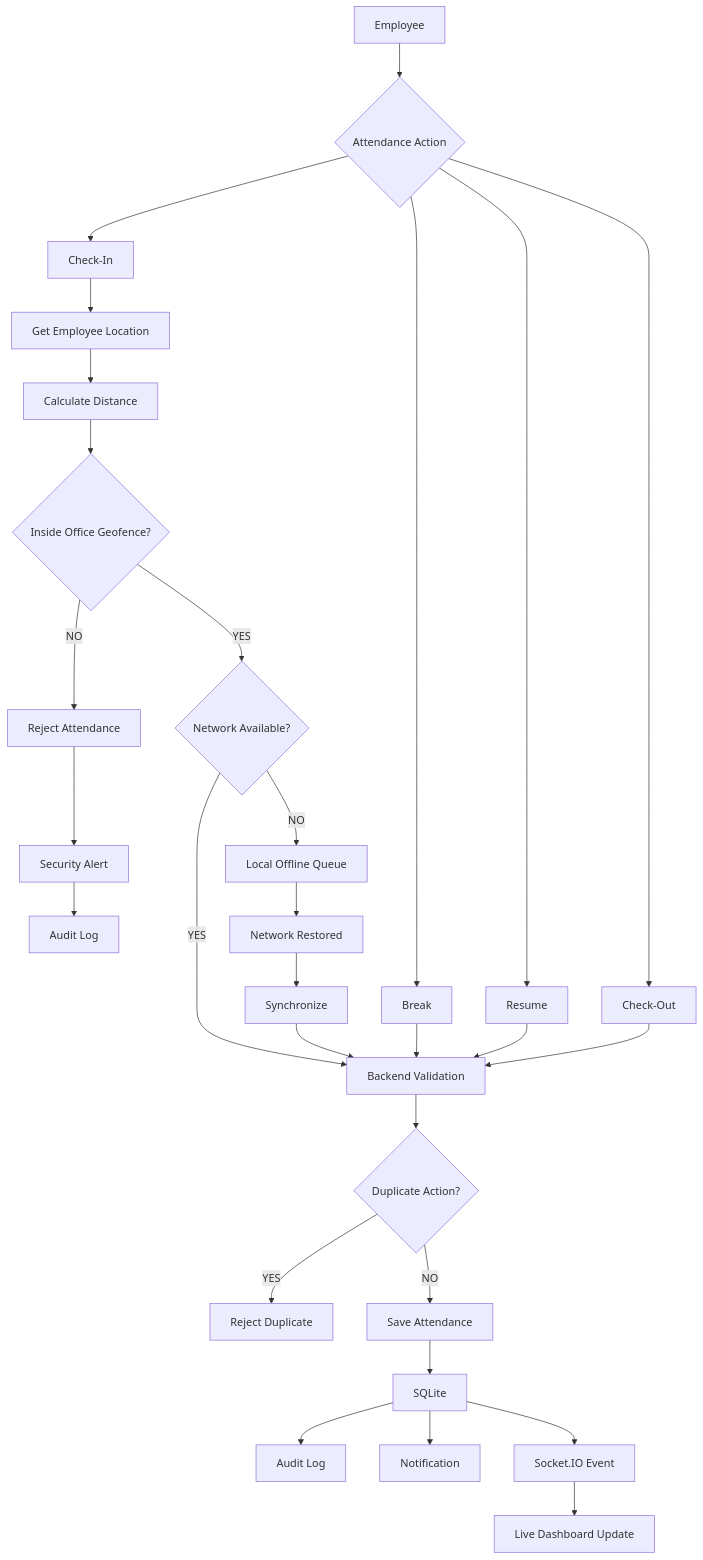
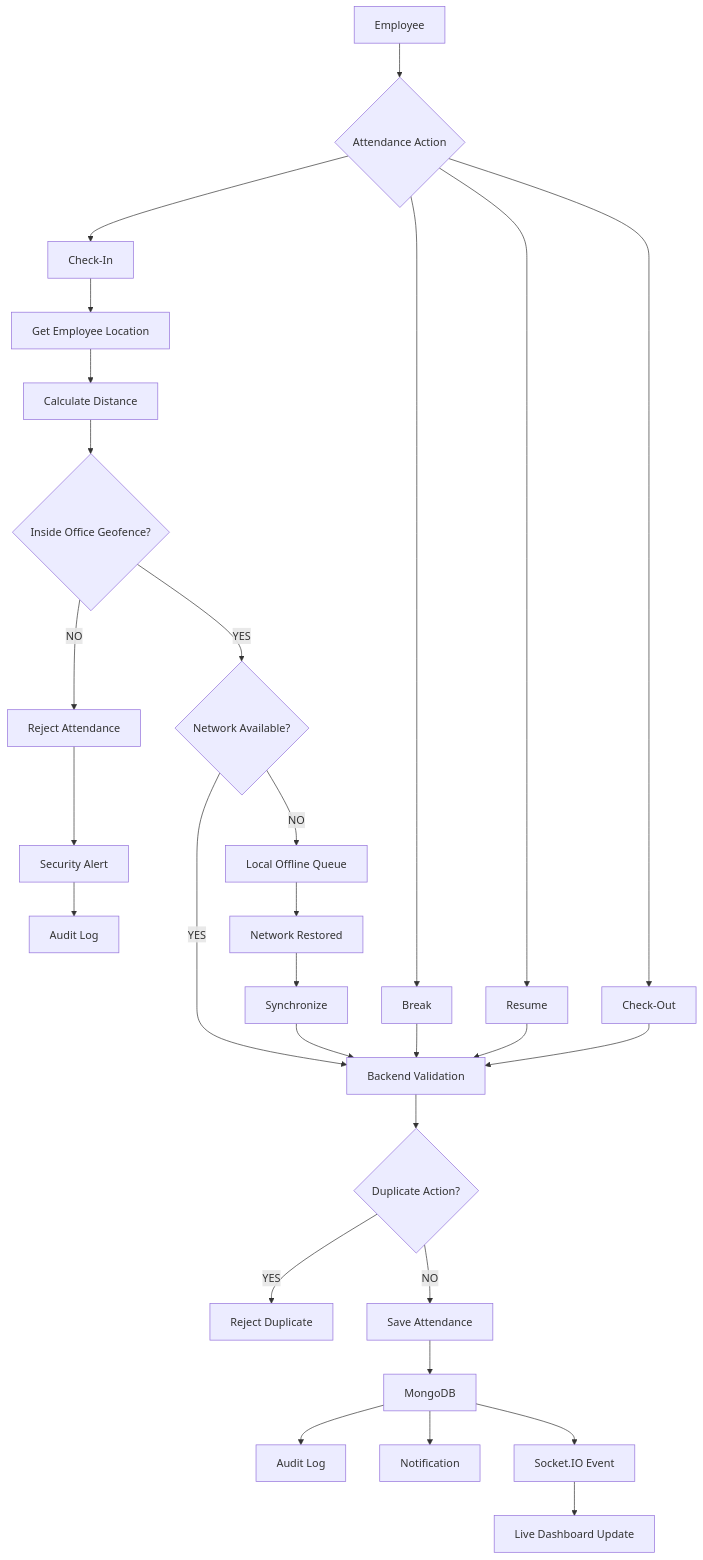
The diagram in docs/flowcharts/04-attendance-flow.md (maheswari-pinneti/WFA-Rolebased-Architecture), drawn with Mermaid before and after one commit. The commit also changed 18 other files, not shown here.

Commit message:
docs and architecture added

````diff
--- a/docs/flowcharts/04-attendance-flow.md
+++ b/docs/flowcharts/04-attendance-flow.md
@@ -5,41 +5,41 @@
 ```mermaid
 flowchart TD
     EMP["Employee"] --> ACTION{"Attendance Action"}
     
     ACTION --> CHECKIN["Check-In"]
     ACTION --> BREAK["Break"]
     ACTION --> RESUME["Resume"]
     ACTION --> CHECKOUT["Check-Out"]
     
     CHECKIN --> LOCATION["Get Employee Location"]
     LOCATION --> DISTANCE["Calculate Distance"]
     DISTANCE --> GEOFENCE{"Inside Office Geofence?"}
     
     GEOFENCE -->|NO| REJECT["Reject Attendance"]
     REJECT --> ALERT["Security Alert"]
     ALERT --> AUDIT1["Audit Log"]
     
     GEOFENCE -->|YES| NETWORK{"Network Available?"}
     
     NETWORK -->|NO| QUEUE["Local Offline Queue"]
     QUEUE --> NETWORK_RESTORE["Network Restored"]
     NETWORK_RESTORE --> SYNC["Synchronize"]
     
     NETWORK -->|YES| VALIDATE["Backend Validation"]
     SYNC --> VALIDATE
     
     VALIDATE --> IDEMPOTENCY{"Duplicate Action?"}
     
     IDEMPOTENCY -->|YES| DUPLICATE["Reject Duplicate"]
     IDEMPOTENCY -->|NO| SAVE["Save Attendance"]
     
-    SAVE --> DB["SQLite"]
+    SAVE --> DB["MongoDB"]
     DB --> AUDIT2["Audit Log"]
     DB --> NOTIFICATION["Notification"]
     DB --> SOCKET["Socket.IO Event"]
     SOCKET --> DASHBOARD["Live Dashboard Update"]
     
     BREAK --> VALIDATE
     RESUME --> VALIDATE
     CHECKOUT --> VALIDATE
 ```
````
